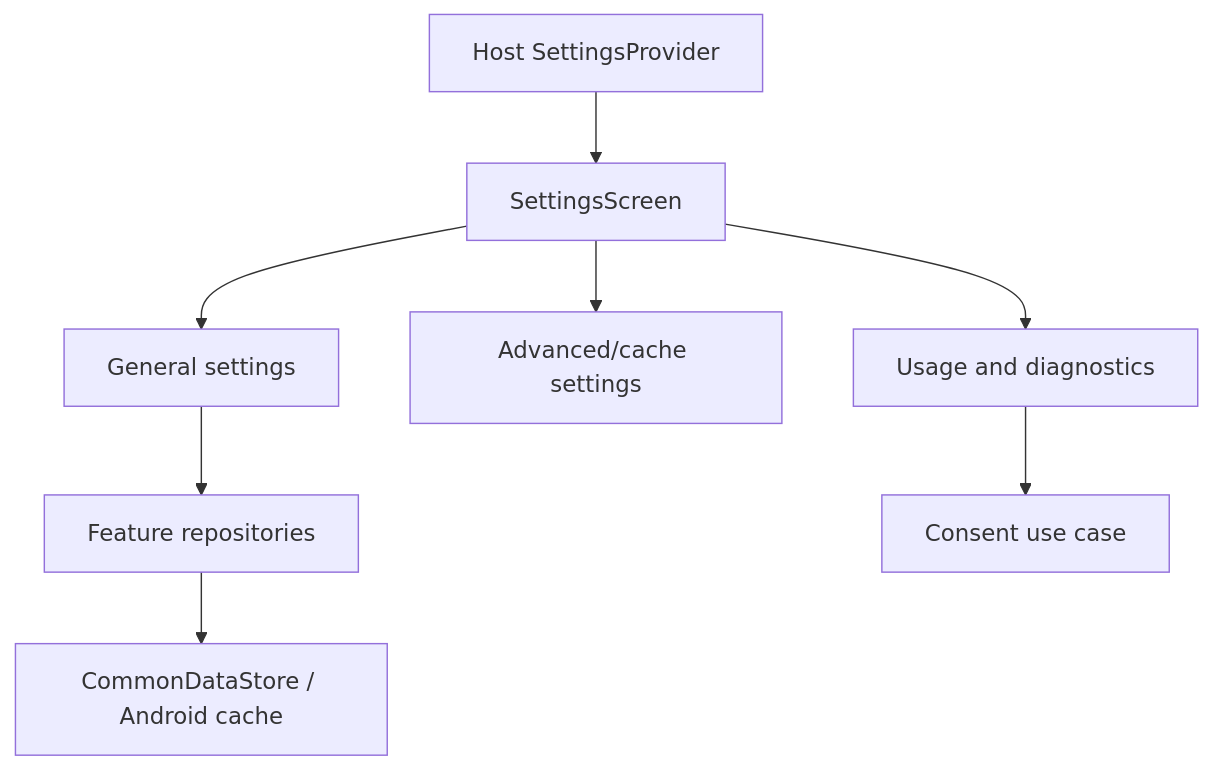
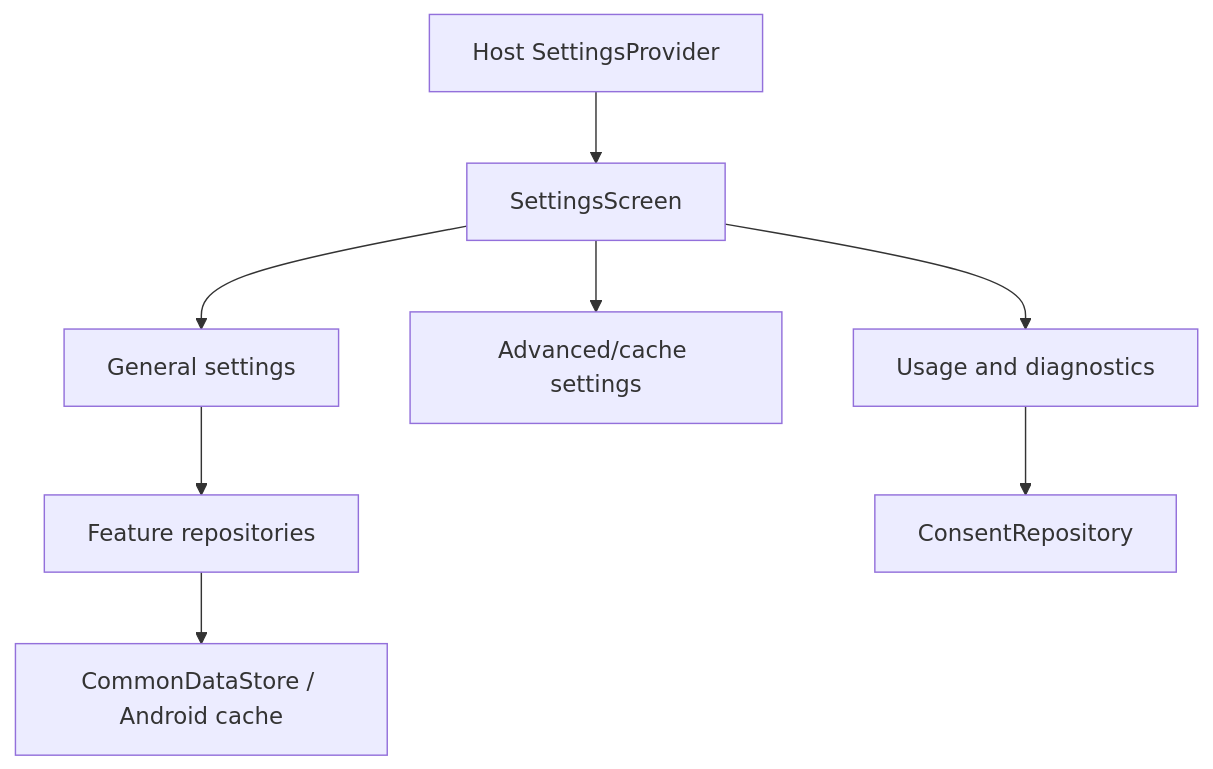
The diagram in library/feature/settings/README.md (MihaiCristianCondrea/App-Toolkit-for-Android), drawn with Mermaid before and after one commit. The commit also changed 41 other files, not shown here.

````diff
--- a/library/feature/settings/README.md
+++ b/library/feature/settings/README.md
@@ -34,10 +34,10 @@
 ```mermaid
 flowchart TD
     Provider[Host SettingsProvider] --> Root[SettingsScreen]
     Root --> General[General settings]
     Root --> Advanced[Advanced/cache settings]
     Root --> Diagnostics[Usage and diagnostics]
     General --> Repos[Feature repositories]
-    Diagnostics --> Consent[Consent use case]
+    Diagnostics --> Consent[ConsentRepository]
     Repos --> Store[CommonDataStore / Android cache]
 ```
````
